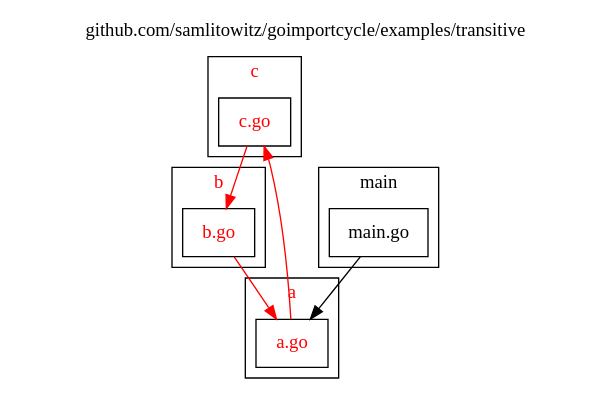
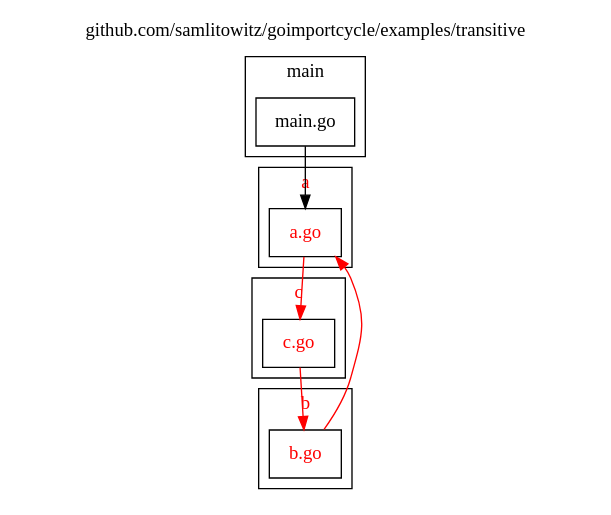
One commit to samlitowitz/goimportcycle changed the diagram in assets/examples/transitive/file.dot. Above: the diagram before and after it, drawn with Graphviz. The commit also changed 20 other files, not shown here.

```diff
--- a/assets/examples/transitive/file.dot
+++ b/assets/examples/transitive/file.dot
@@ -1,48 +1,47 @@
-
 digraph {
 	labelloc="t";
 	label="github.com/samlitowitz/goimportcycle/examples/transitive";
 	rankdir="TB";
 	node [shape="rect"];
 
-	subgraph cluster_pkg_c {
+	subgraph "cluster_pkg_a" {
+		label="a";
+		style="filled";
+		fontcolor="#ff0000";
+		fillcolor="#ffffff";
+
+		"pkg_a_file_a" [label="a.go", style="filled", fontcolor="#ff0000", fillcolor="#ffffff"];
+	};
+
+	subgraph "cluster_pkg_b" {
+		label="b";
+		style="filled";
+		fontcolor="#ff0000";
+		fillcolor="#ffffff";
+
+		"pkg_b_file_b" [label="b.go", style="filled", fontcolor="#ff0000", fillcolor="#ffffff"];
+	};
+
+	subgraph "cluster_pkg_c" {
 		label="c";
 		style="filled";
 		fontcolor="#ff0000";
 		fillcolor="#ffffff";
 
-		pkg_c_file_c [label="c.go", style="filled", fontcolor="#ff0000", fillcolor="#ffffff"];
+		"pkg_c_file_c" [label="c.go", style="filled", fontcolor="#ff0000", fillcolor="#ffffff"];
 	};
 
-	subgraph cluster_pkg_b {
-		label="b";
-		style="filled";
-		fontcolor="#ff0000";
-		fillcolor="#ffffff";
-
-		pkg_b_file_b [label="b.go", style="filled", fontcolor="#ff0000", fillcolor="#ffffff"];
-	};
-
-	subgraph cluster_pkg_main {
+	subgraph "cluster_pkg_main" {
 		label="main";
 		style="filled";
 		fontcolor="#000000";
 		fillcolor="#ffffff";
 
-		pkg_main_file_main [label="main.go", style="filled", fontcolor="#000000", fillcolor="#ffffff"];
+		"pkg_main_file_main" [label="main.go", style="filled", fontcolor="#000000", fillcolor="#ffffff"];
 	};
 
-	subgraph cluster_pkg_a {
-		label="a";
-		style="filled";
-		fontcolor="#ff0000";
-		fillcolor="#ffffff";
-
-		pkg_a_file_a [label="a.go", style="filled", fontcolor="#ff0000", fillcolor="#ffffff"];
-	};
-
-	pkg_c_file_c -> pkg_b_file_b [color="#ff0000"];
-	pkg_b_file_b -> pkg_a_file_a [color="#ff0000"];
-	pkg_main_file_main -> pkg_a_file_a [color="#000000"];
-	pkg_a_file_a -> pkg_c_file_c [color="#ff0000"];
+	"pkg_a_file_a" -> "pkg_c_file_c" [color="#ff0000"];
+	"pkg_b_file_b" -> "pkg_a_file_a" [color="#ff0000"];
+	"pkg_c_file_c" -> "pkg_b_file_b" [color="#ff0000"];
+	"pkg_main_file_main" -> "pkg_a_file_a" [color="#000000"];
 }
```
